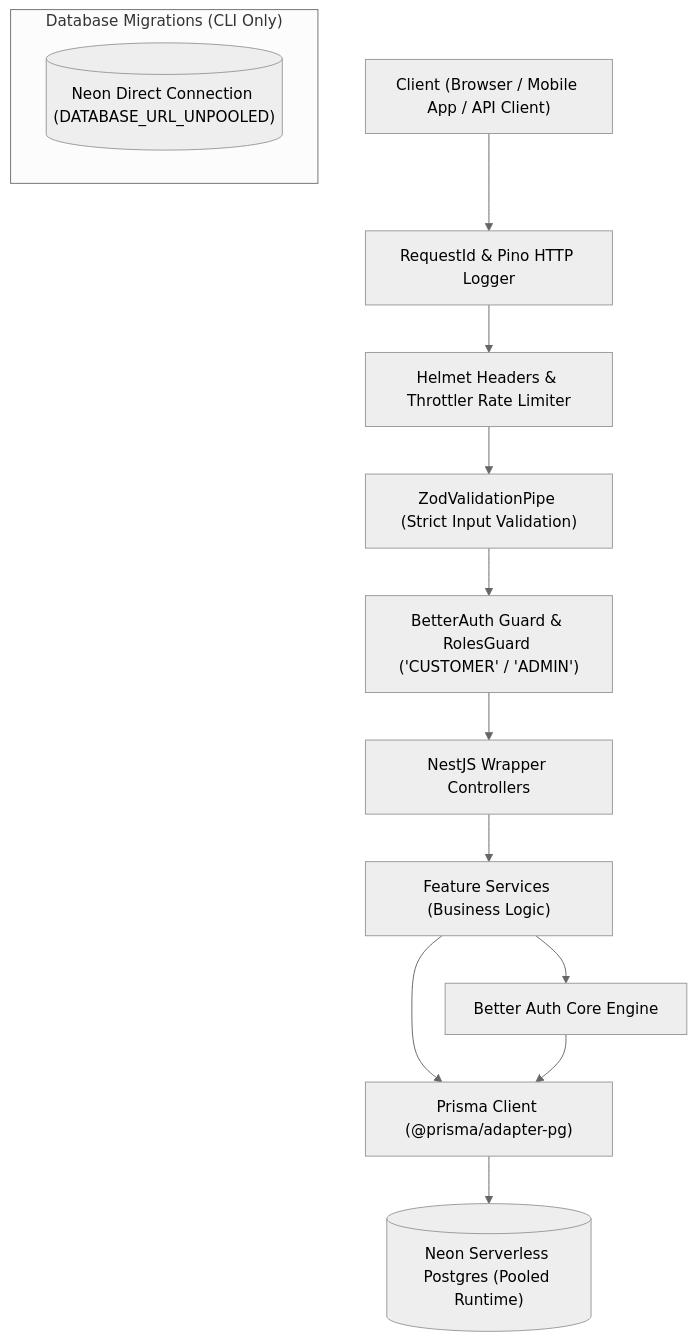
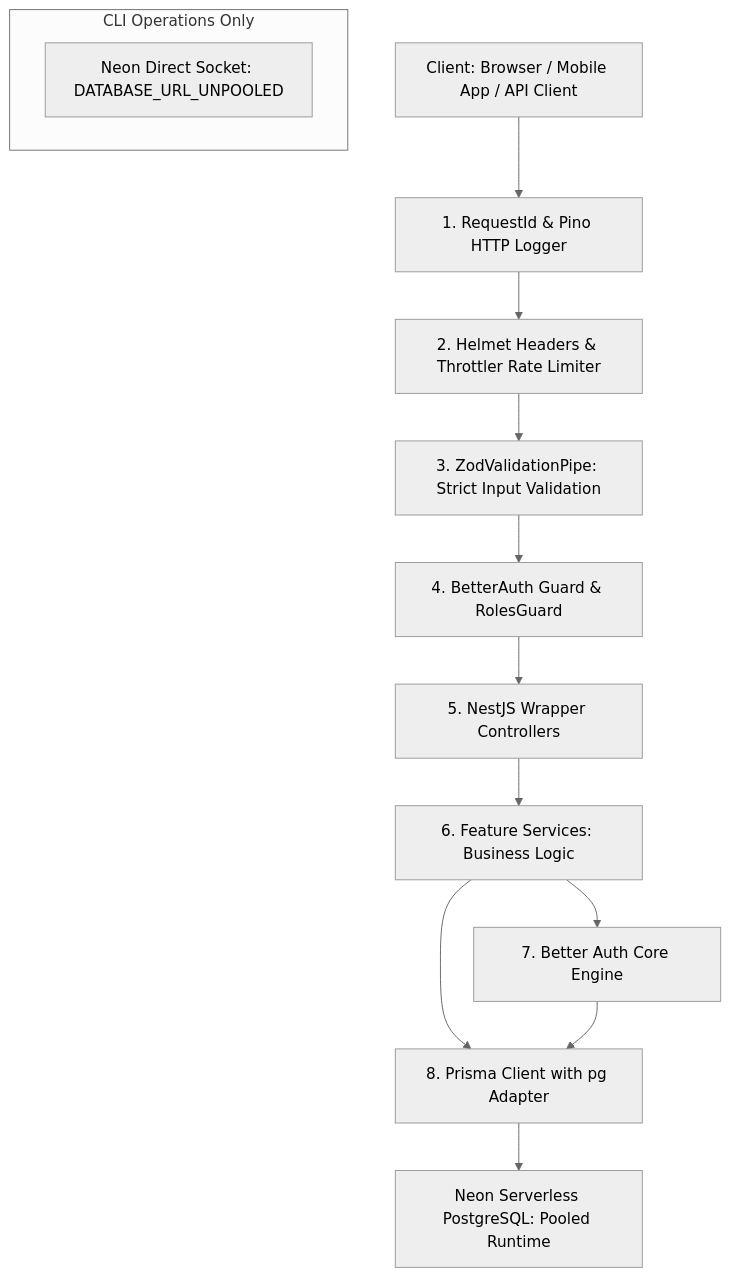
The first of 2 diagrams in README.md (yousefdawood7/rootline-backend-nest), drawn with Mermaid (neutral theme) before and after one commit. The commit also changed other lines of this file, not shown here.

````diff
--- a/README.md
+++ b/README.md
@@ -102,17 +106,17 @@
 ```mermaid
 flowchart TD
-    Client["Client (Browser / Mobile App / API Client)"] --> Middleware["RequestId & Pino HTTP Logger"]
-    Middleware --> Security["Helmet Headers & Throttler Rate Limiter"]
-    Security --> Validation["ZodValidationPipe (Strict Input Validation)"]
-    Validation --> AuthGuard["BetterAuth Guard & RolesGuard ('CUSTOMER' / 'ADMIN')"]
-    AuthGuard --> Controllers["NestJS Wrapper Controllers"]
-    Controllers --> Services["Feature Services (Business Logic)"]
-    Services --> BetterAuth["Better Auth Core Engine"]
-    Services --> Prisma["Prisma Client (@prisma/adapter-pg)"]
+    Client["Client: Browser / Mobile App / API Client"] --> Middleware["1. RequestId & Pino HTTP Logger"]
+    Middleware --> Security["2. Helmet Headers & Throttler Rate Limiter"]
+    Security --> Validation["3. ZodValidationPipe: Strict Input Validation"]
+    Validation --> AuthGuard["4. BetterAuth Guard & RolesGuard"]
+    AuthGuard --> Controllers["5. NestJS Wrapper Controllers"]
+    Controllers --> Services["6. Feature Services: Business Logic"]
+    Services --> BetterAuth["7. Better Auth Core Engine"]
+    Services --> Prisma["8. Prisma Client with pg Adapter"]
     BetterAuth --> Prisma
-    Prisma --> PooledDB[("Neon Serverless Postgres (Pooled Runtime)")]
+    Prisma --> PooledDB["Neon Serverless PostgreSQL: Pooled Runtime"]
 
-    subgraph MigrationsOnly["Database Migrations (CLI Only)"]
-        DirectDB[("Neon Direct Connection (DATABASE_URL_UNPOOLED)")]
+    subgraph MigrationsCLI["CLI Operations Only"]
+        DirectDB["Neon Direct Socket: DATABASE_URL_UNPOOLED"]
     end
 ```
````
